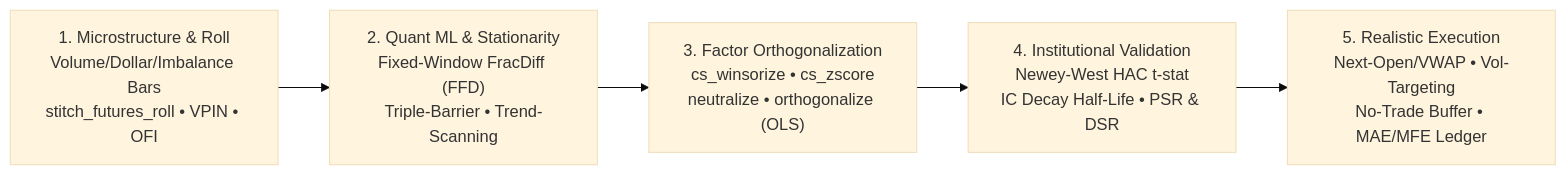
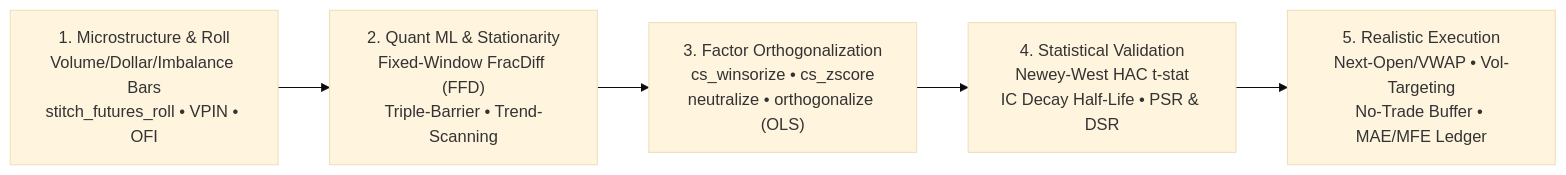
The diagram in README.md (huuan26/polars-anta), drawn with Mermaid (base theme) before and after one commit. The commit also changed other lines of this file and 11 other files, not shown here.

````diff
--- a/README.md
+++ b/README.md
@@ -255,7 +255,7 @@
 ```mermaid
 flowchart LR
     A["1. Microstructure & Roll<br/>Volume/Dollar/Imbalance Bars<br/>stitch_futures_roll • VPIN • OFI"] --> B["2. Quant ML & Stationarity<br/>Fixed-Window FracDiff (FFD)<br/>Triple-Barrier • Trend-Scanning"]
     B --> C["3. Factor Orthogonalization<br/>cs_winsorize • cs_zscore<br/>neutralize • orthogonalize (OLS)"]
-    C --> D["4. Institutional Validation<br/>Newey-West HAC t-stat<br/>IC Decay Half-Life • PSR & DSR"]
+    C --> D["4. Statistical Validation<br/>Newey-West HAC t-stat<br/>IC Decay Half-Life • PSR & DSR"]
     D --> E["5. Realistic Execution<br/>Next-Open/VWAP • Vol-Targeting<br/>No-Trade Buffer • MAE/MFE Ledger"]
 ```
````
